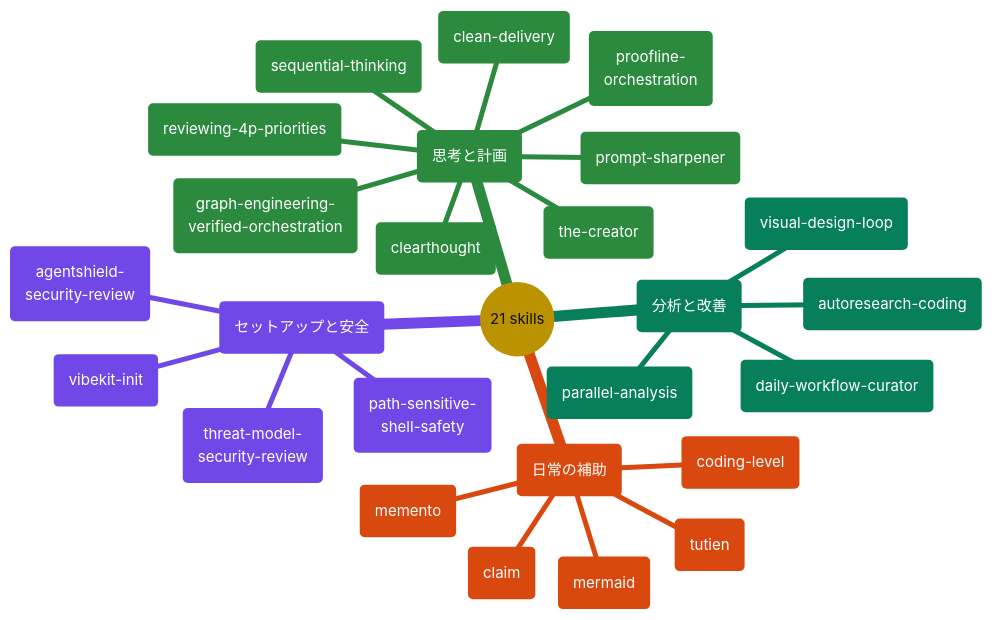
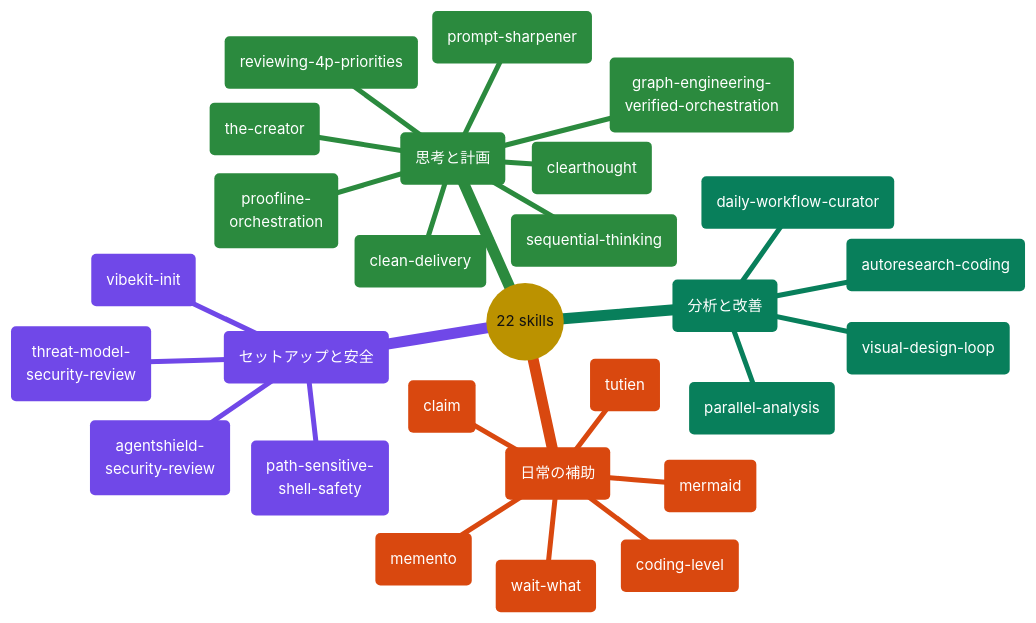
One commit to giang6283623/minimal-vibe-coding-kit changed the fifth of 10 diagrams in docs/README.ja.md. Above: the diagram before and after it, drawn with Mermaid. The commit also changed other lines of this file and 25 other files, not shown here.

Commit message:
add skill wait-what ASD-STE100 based on mattpocock's wait-what

````diff
--- a/docs/README.ja.md
+++ b/docs/README.ja.md
@@ -358,62 +358,63 @@
 ```mermaid
 ---
 config:
   theme: base
   themeCSS: >-
     .mindmap-node:not(.section-root):not(.section--1) text,
     .mindmap-node:not(.section-root):not(.section--1) tspan
     { fill: #FFFFFF !important; }
     .mindmap-node:not(.section-root):not(.section--1) div,
     .mindmap-node:not(.section-root):not(.section--1) span,
     .mindmap-node:not(.section-root):not(.section--1) p
     { color: #FFFFFF !important; }
   themeVariables:
     darkMode: false
     fontFamily: cascadia mono, consolas, noto sans mono, menlo, monospace
     fontSize: 15px
     lineColor: "#888888"
     textColor: "#111111"
     primaryColor: "#FFD43B"
     primaryTextColor: "#111111"
     primaryBorderColor: "#444444"
     cScale0: "#1971C2"
     cScale1: "#7048E8"
     cScale2: "#2B8A3E"
     cScale3: "#087F5B"
     cScale4: "#D9480F"
     cScale5: "#C2255C"
     cScaleLabel0: "#FFFFFF"
     cScaleLabel1: "#FFFFFF"
     cScaleLabel2: "#FFFFFF"
     cScaleLabel3: "#FFFFFF"
     cScaleLabel4: "#FFFFFF"
     cScaleLabel5: "#FFFFFF"
 ---
 mindmap
-  root(("21 skills"))
+  root(("22 skills"))
     setup("セットアップと安全")
       s1("vibekit-init")
       s2("agentshield-<br/>security-review")
       s3("path-sensitive-<br/>shell-safety")
       s4("threat-model-<br/>security-review")
     think("思考と計画")
       t1("clearthought")
       t2("sequential-thinking")
       t3("prompt-sharpener")
       t4("reviewing-4p-priorities")
       t5("graph-engineering-<br/>verified-orchestration")
       t6("the-creator")
       t7("proofline-<br/>orchestration")
       t8("clean-delivery")
     analyze("分析と改善")
       a1("parallel-analysis")
       a2("autoresearch-coding")
       a3("daily-workflow-curator")
       a4("visual-design-loop")
     helpers("日常の補助")
       h1("memento")
       h2("coding-level")
       h3("mermaid")
       h4("claim")
       h5("tutien")
+      h6("wait-what")
 ```
````
